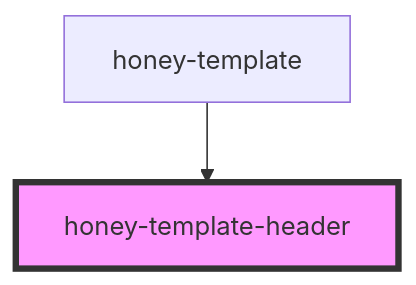
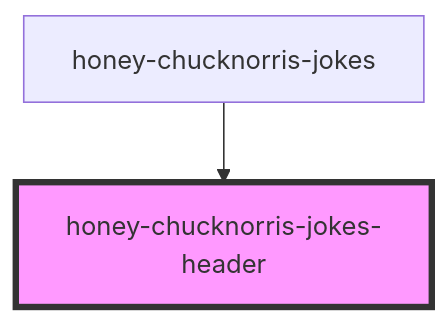
Before and after one commit to Huluvu424242/honey-chucknorris-jokes: the diagram in src/components/honey-news/header/readme.md, drawn with Mermaid. The commit also changed other lines of this file and 20 other files, not shown here.

````diff
--- a/src/components/honey-news/header/readme.md
+++ b/src/components/honey-news/header/readme.md
@@ -15,5 +15,5 @@
 ```mermaid
 graph TD;
-  honey-template --> honey-template-header
-  style honey-template-header fill:#f9f,stroke:#333,stroke-width:4px
+  honey-chucknorris-jokes --> honey-chucknorris-jokes-header
+  style honey-chucknorris-jokes-header fill:#f9f,stroke:#333,stroke-width:4px
 ```
````
